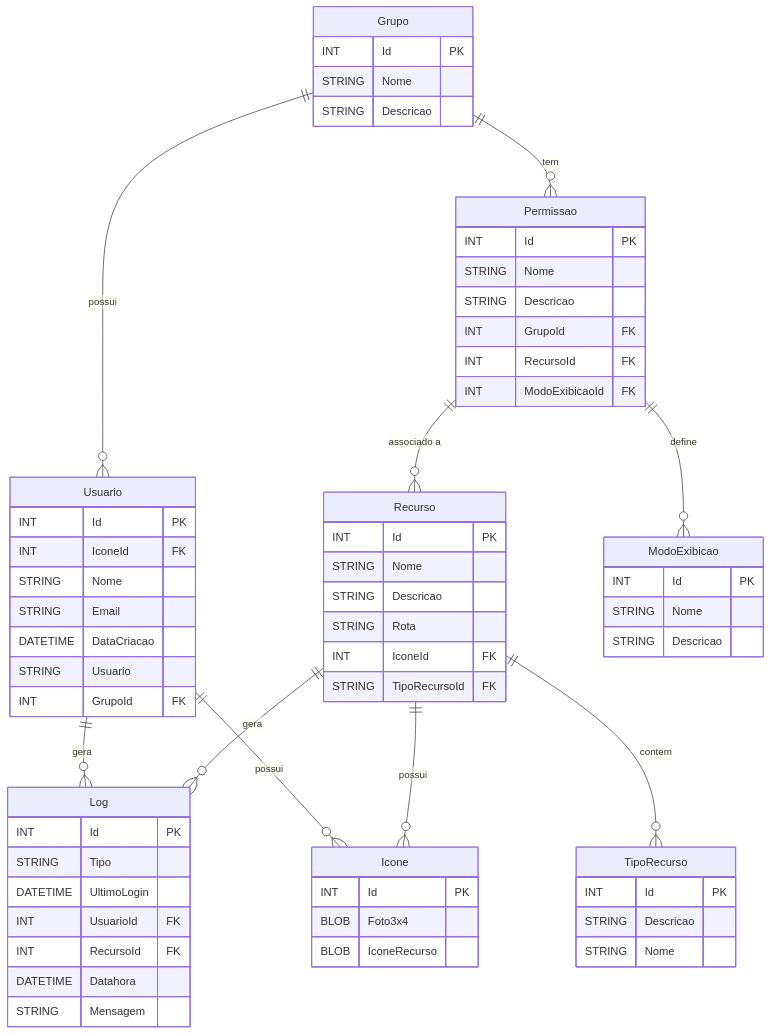
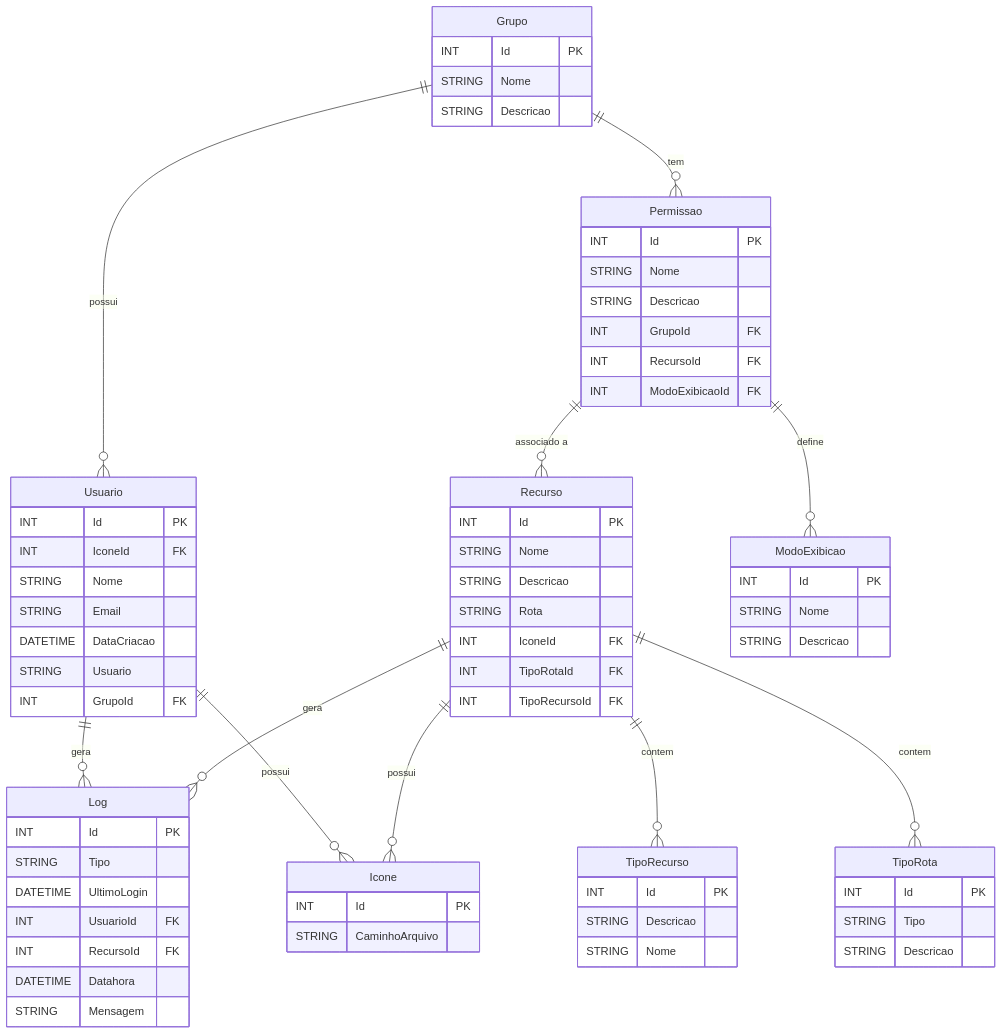
One commit to ruthmira-1risjc/exemplo-banco changed the first of 2 diagrams in README.md. Above: the diagram before and after it, drawn with Mermaid. The commit also changed other lines of this file and 2 other files, not shown here.

````diff
--- a/README.md
+++ b/README.md
@@ -202,8 +217,7 @@
     
     Icone {
         INT Id PK
-        BLOB Foto3x4
-        BLOB IconeRecurso
+        STRING CaminhoArquivo
     }
     
     Recurso {
@@ -211,8 +225,9 @@
         STRING Nome
         STRING Descricao
         STRING Rota
-         INT IconeId FK
-        STRING TipoRecursoId FK
+        INT IconeId FK
+        INT TipoRotaId FK
+        INT TipoRecursoId FK
     }
 
      TipoRecurso {
@@ -220,6 +235,12 @@
         STRING Descricao
         STRING Nome
     }
+
+      TipoRota {
+      INT Id PK
+      STRING Tipo
+      STRING Descricao
+   }
     
     Log {
         INT Id PK
@@ -256,4 +277,5 @@
     Recurso ||--o{ Icone : "possui"
     Recurso ||--o{ Log : "gera"
     Recurso ||--o{ TipoRecurso : "contem"
+    Recurso ||--o{ TipoRota : "contem"
 ```
````
